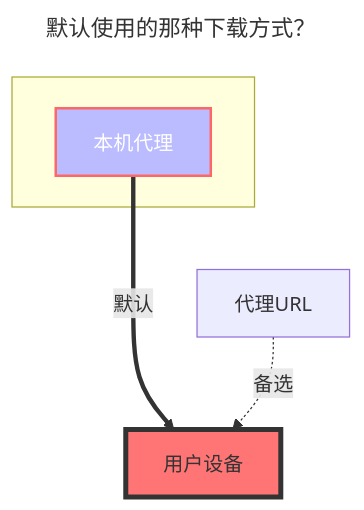
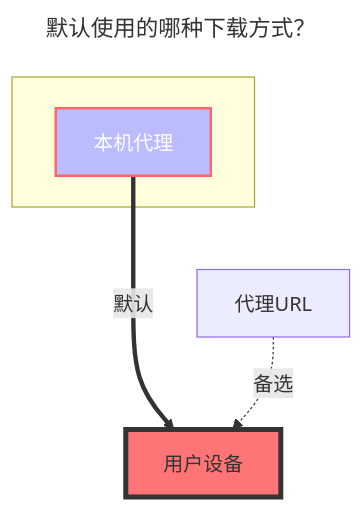
Before and after one commit to alist-org/docs: the diagram in docs/zh/guide/drivers/115.md, drawn with Mermaid. The commit also changed 36 other files, not shown here.

````diff
--- a/docs/zh/guide/drivers/115.md
+++ b/docs/zh/guide/drivers/115.md
@@ -116,16 +116,16 @@
 ```mermaid
 ---
-title: 默认使用的那种下载方式？
+title: 默认使用的哪种下载方式？
 ---
 flowchart TB
     style c1 fill:#bbf,stroke:#f66,stroke-width:2px,color:#fff
     style a2 fill:#ff7575,stroke:#333,stroke-width:4px
     subgraph ide1 [ ]
     c1
     end
     c1[本机代理]:::someclass==默认===>a2[用户设备]
     classDef someclass fill:#f96
     b1[代理URL]-.备选.->a2[用户设备]
     click b1 "../drivers/common.html#webdav-策略"
     click c1 "../drivers/common.html#webdav-策略"
 ```
````
